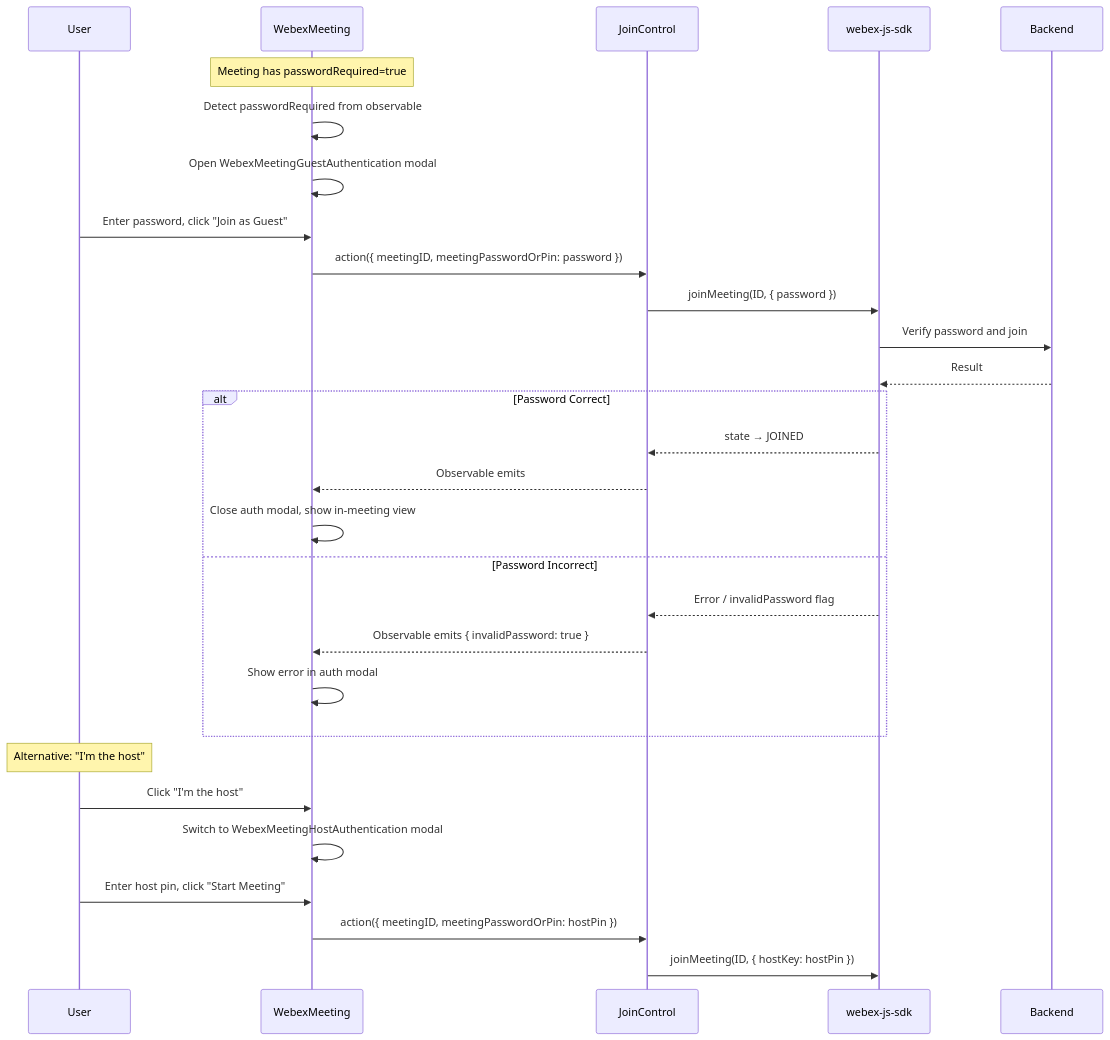
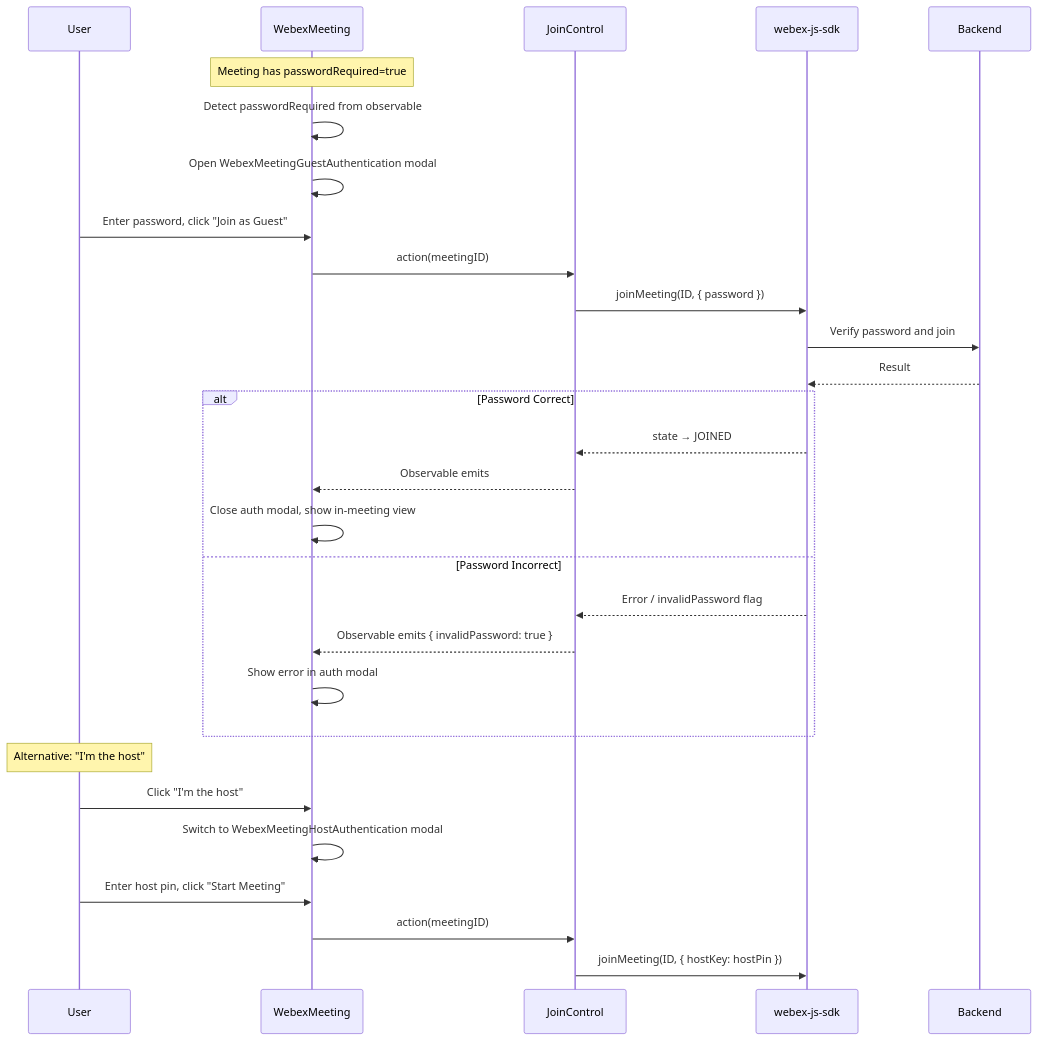
Before and after one commit to webex/widgets: diagram 11 of 13 in packages/@webex/widgets/ai-docs/ARCHITECTURE.md, drawn with Mermaid. The commit also changed other lines of this file and 1 other file, not shown here.

````diff
--- a/packages/@webex/widgets/ai-docs/ARCHITECTURE.md
+++ b/packages/@webex/widgets/ai-docs/ARCHITECTURE.md
@@ -523,37 +552,37 @@
 ```mermaid
 sequenceDiagram
     participant User
     participant Component as WebexMeeting
     participant Adapter as JoinControl
     participant SDK as webex-js-sdk
     participant Backend
 
     Note over Component: Meeting has passwordRequired=true
 
     Component->>Component: Detect passwordRequired from observable
     Component->>Component: Open WebexMeetingGuestAuthentication modal
 
     User->>Component: Enter password, click "Join as Guest"
-    Component->>Adapter: action({ meetingID, meetingPasswordOrPin: password })
+    Component->>Adapter: action(meetingID)
     Adapter->>SDK: joinMeeting(ID, { password })
     SDK->>Backend: Verify password and join
     Backend-->>SDK: Result
 
     alt Password Correct
         SDK-->>Adapter: state → JOINED
         Adapter-->>Component: Observable emits
         Component->>Component: Close auth modal, show in-meeting view
     else Password Incorrect
         SDK-->>Adapter: Error / invalidPassword flag
         Adapter-->>Component: Observable emits { invalidPassword: true }
         Component->>Component: Show error in auth modal
     end
 
     Note over User: Alternative: "I'm the host"
 
     User->>Component: Click "I'm the host"
     Component->>Component: Switch to WebexMeetingHostAuthentication modal
     User->>Component: Enter host pin, click "Start Meeting"
-    Component->>Adapter: action({ meetingID, meetingPasswordOrPin: hostPin })
+    Component->>Adapter: action(meetingID)
     Adapter->>SDK: joinMeeting(ID, { hostKey: hostPin })
 ```
````
